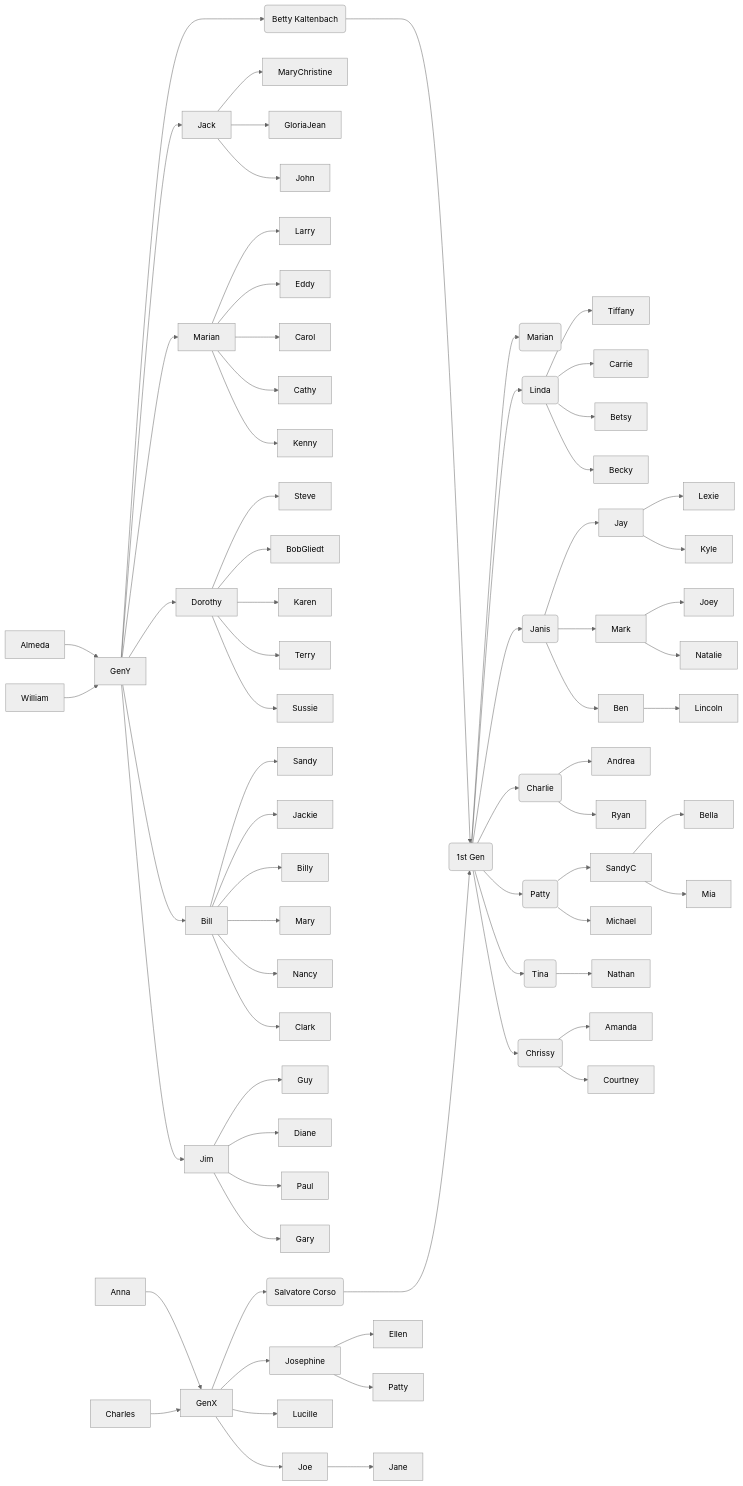
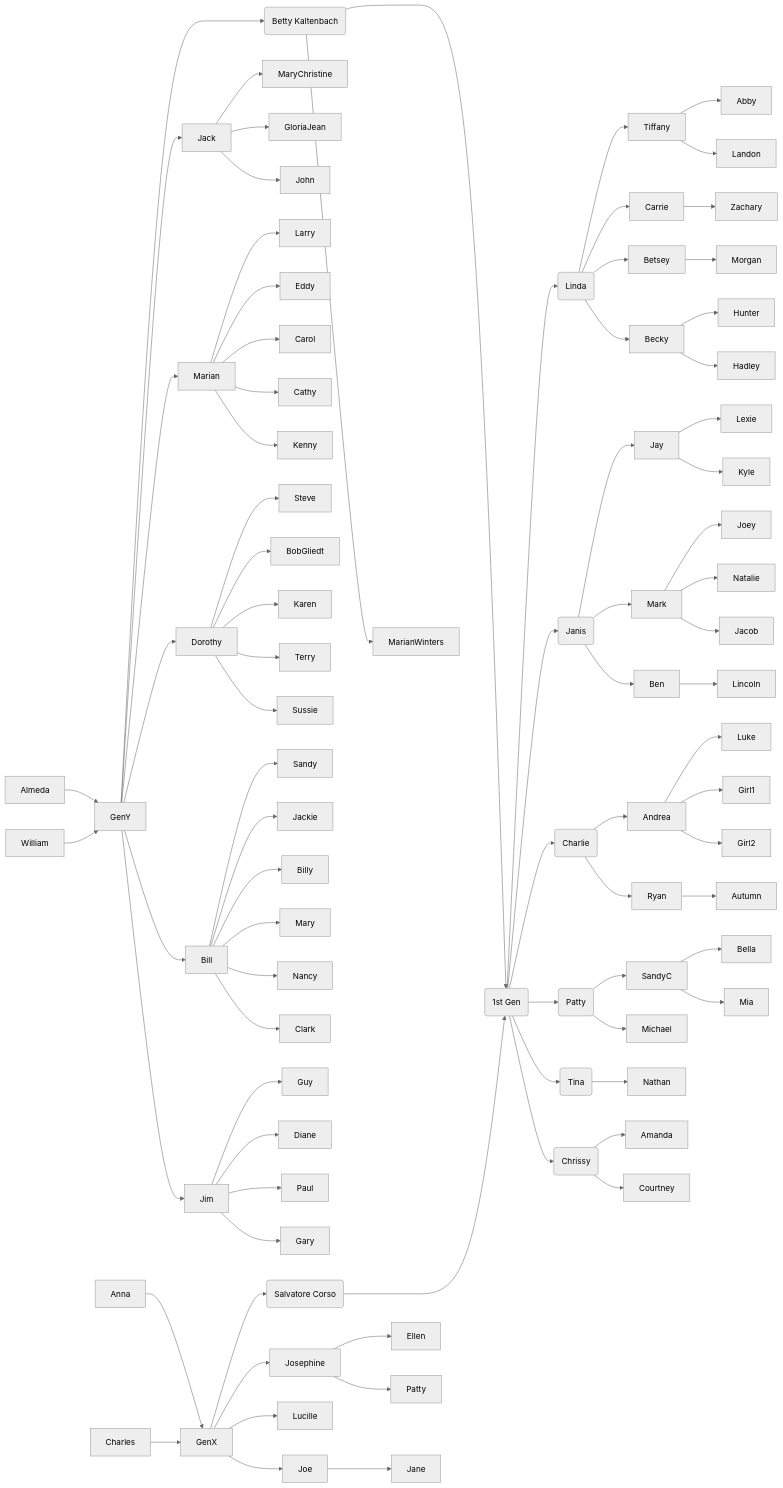
One commit to corsokalte/corsokalte.github.io changed the diagram in _posts/2023-03-04-Family Genealogy.md. Above: the diagram before and after it, drawn with Mermaid (neutral theme).

Commit message:
More names added

```diff
--- a/_posts/2023-03-04-Family Genealogy.md
+++ b/_posts/2023-03-04-Family Genealogy.md
@@ -68,7 +68,6 @@
 
 Fa(Salvatore Corso) ---> G2(1st Gen)
 Mo(Betty Kaltenbach) ---> G2
-G2 --> S1(Marian)
 G2 --> S2(Linda)
 G2 --> S3(Janis)
 G2 --> S4(Charlie)
@@ -76,10 +75,19 @@
 G2 --> S6(Tina)
 G2 --> S7(Chrissy)
 
+Mo(Betty Kaltenbach) --> MarianWinters
+
 S2 --> Tiffany
+Tiffany --> Abby
+Tiffany --> Landon
 S2 --> Carrie
-S2 --> Betsy
+Carrie --> Zachary
+S2 --> Betsey
+Betsey --> Morgan
+
 S2 --> Becky
+Becky --> Hunter
+Becky --> Hadley
 
 S3 --> Jay
 Jay --> Lexie
@@ -87,12 +95,20 @@
 S3 --> Mark
 Mark --> Joey
 Mark --> Natalie
+Mark --> Jacob
 S3 --> Ben
 
 Ben --> Lincoln
 
 S4 --> Andrea
+
+Andrea --> Luke
+Andrea --> Girl1
+Andrea --> Girl2
+
 S4 --> Ryan
+Ryan --> Autumn
+
 
 S5 --> SandyC
 
```
